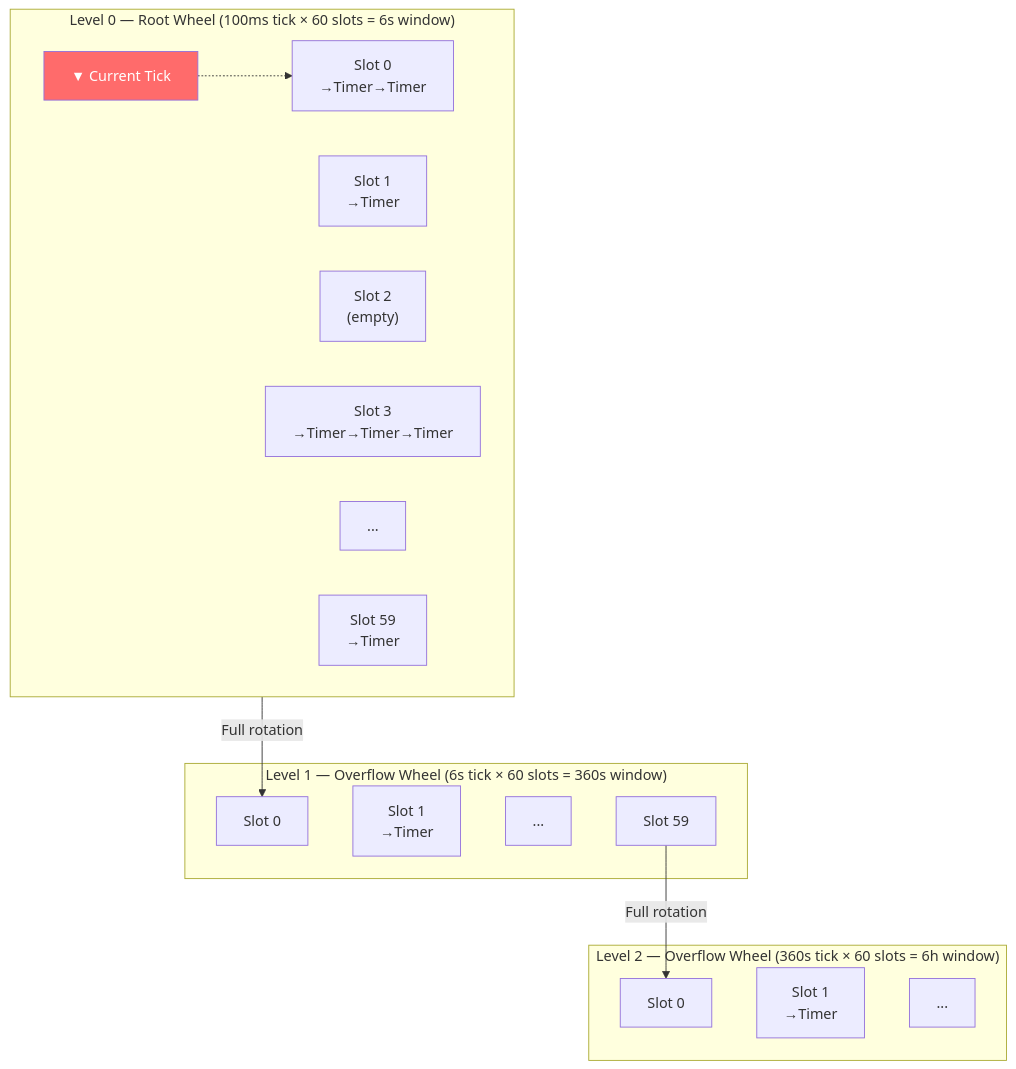
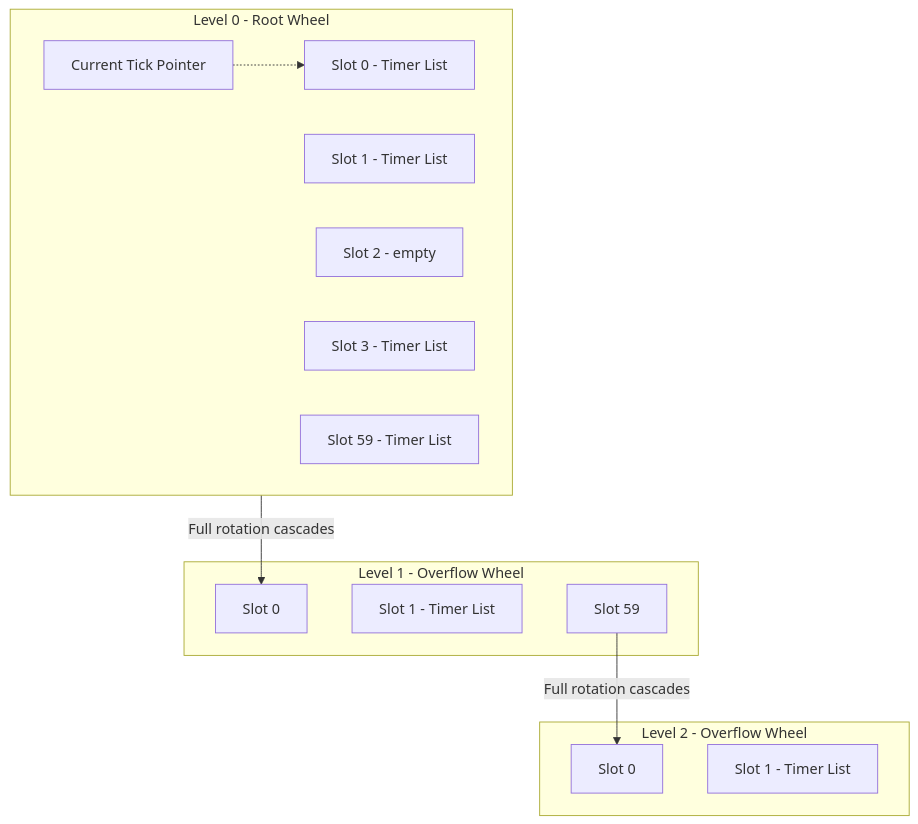
The tenth of 36 diagrams in ARCHITECTURE.md (jatin711-debug/cronos_db_golang), drawn with Mermaid before and after one commit. The commit also changed other lines of this file, not shown here.

First line of the commit message:
docs(architecture): simplify documentation structure and improve clarity

````diff
--- a/ARCHITECTURE.md
+++ b/ARCHITECTURE.md
@@ -398,33 +377,27 @@
 ```mermaid
 graph TB
-    subgraph "Level 0 — Root Wheel (100ms tick × 60 slots = 6s window)"
+    subgraph Level 0 - Root Wheel
         direction LR
-        S0["Slot 0<br/>→Timer→Timer"]
-        S1["Slot 1<br/>→Timer"]
-        S2["Slot 2<br/>(empty)"]
-        S3["Slot 3<br/>→Timer→Timer→Timer"]
-        SD["..."]
-        S59["Slot 59<br/>→Timer"]
-        
-        TICK["▼ Current Tick"]
+        TICK[Current Tick Pointer]
+        S0[Slot 0 - Timer List]
+        S1[Slot 1 - Timer List]
+        S2[Slot 2 - empty]
+        S3[Slot 3 - Timer List]
+        S59[Slot 59 - Timer List]
     end
 
-    subgraph "Level 1 — Overflow Wheel (6s tick × 60 slots = 360s window)"
-        O0["Slot 0"] 
-        O1["Slot 1<br/>→Timer"]
-        OD["..."]
-        O59["Slot 59"]
+    subgraph Level 1 - Overflow Wheel
+        O0[Slot 0]
+        O1[Slot 1 - Timer List]
+        O59[Slot 59]
     end
 
-    subgraph "Level 2 — Overflow Wheel (360s tick × 60 slots = 6h window)"
-        L0["Slot 0"]
-        L1["Slot 1<br/>→Timer"]
-        LD["..."]
+    subgraph Level 2 - Overflow Wheel
+        L0[Slot 0]
+        L1[Slot 1 - Timer List]
     end
 
     TICK -.-> S0
-    S59 -->|"Full rotation"| O0
-    O59 -->|"Full rotation"| L0
-
-    style TICK fill:#FF6B6B,color:#fff
+    S59 -->|Full rotation cascades| O0
+    O59 -->|Full rotation cascades| L0
 ```
````
